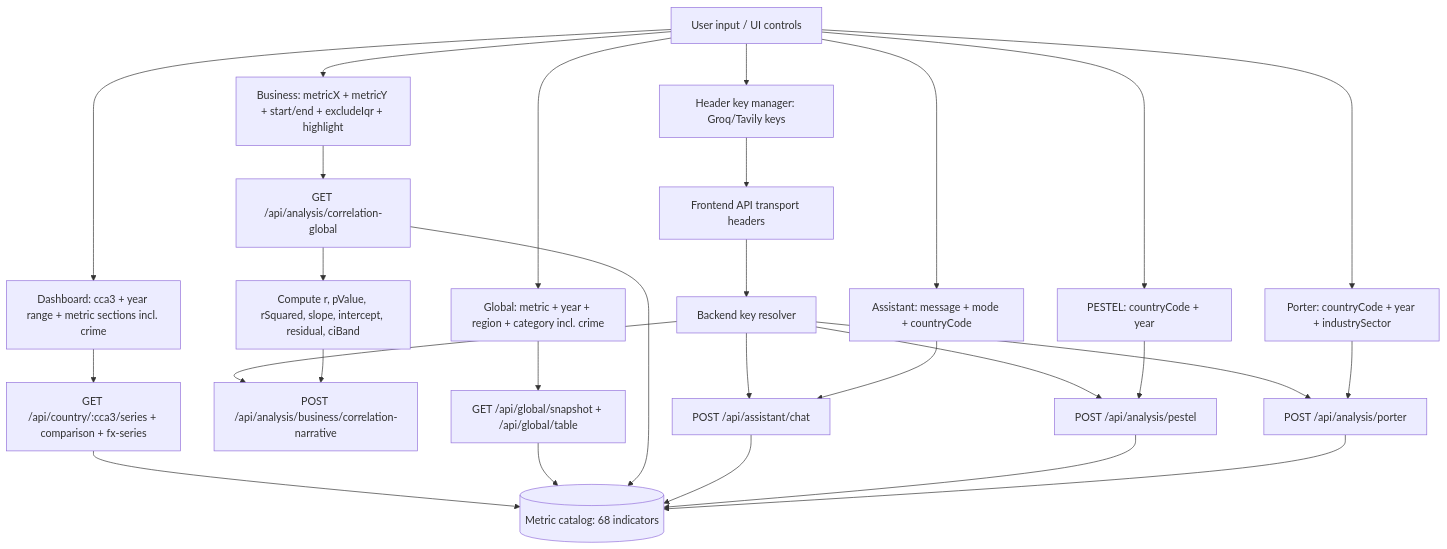
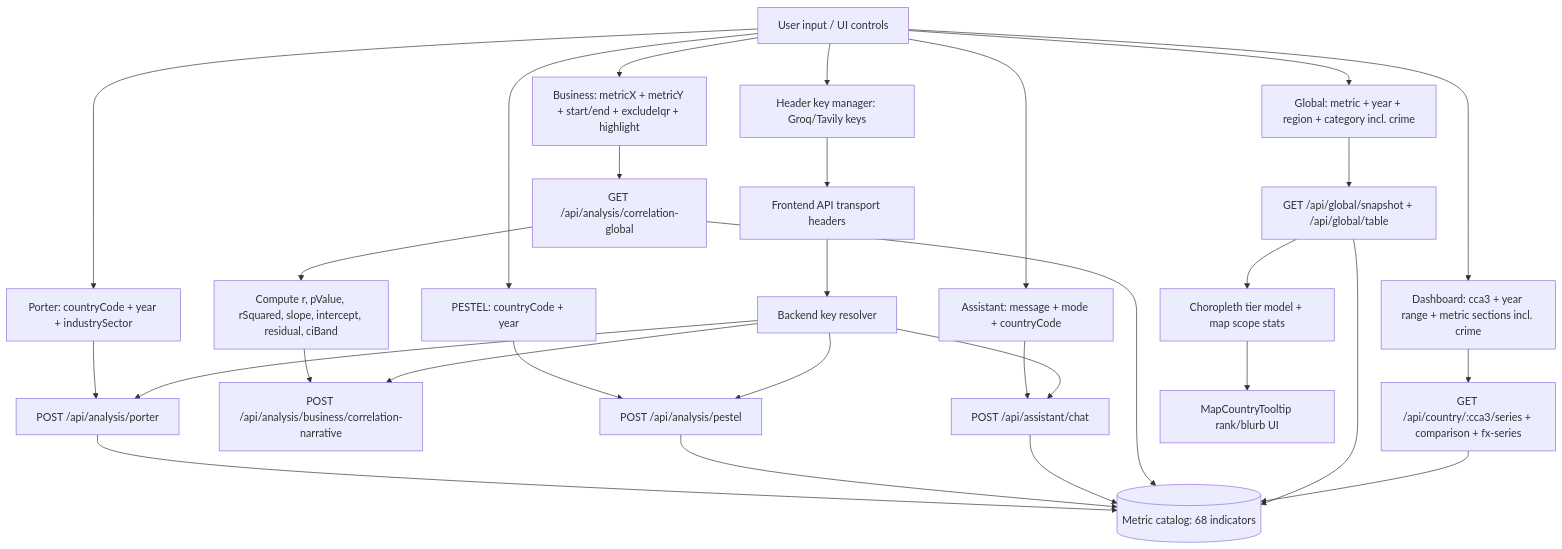
The second of 2 diagrams in docs/VARIABLES.md (RifqiMT/country-analytics-platform), drawn with Mermaid before and after one commit. The commit also changed other lines of this file and 28 other files, not shown here.

First line of the commit message:
feat: quintile choropleth tiers, rich map tooltips, and global analytics UX polish

````diff
--- a/docs/VARIABLES.md
+++ b/docs/VARIABLES.md
@@ -349,29 +366,31 @@
 ```mermaid
 flowchart TD
   U[User input / UI controls] --> K1[Header key manager: Groq/Tavily keys]
   K1 --> K2[Frontend API transport headers]
   K2 --> E0[Backend key resolver]
   U --> A1[Assistant: message + mode + countryCode]
   U --> B1[Business: metricX + metricY + start/end + excludeIqr + highlight]
   U --> C1[PESTEL: countryCode + year]
   U --> D1[Porter: countryCode + year + industrySector]
   U --> F1[Dashboard: cca3 + year range + metric sections incl. crime]
   U --> G1[Global: metric + year + region + category incl. crime]
 
   E0 --> E1 & E4 & E5 & E6
   A1 --> E1[POST /api/assistant/chat]
   B1 --> E2[GET /api/analysis/correlation-global]
   E2 --> E3[Compute r, pValue, rSquared, slope, intercept, residual, ciBand]
   E3 --> E4[POST /api/analysis/business/correlation-narrative]
   C1 --> E5[POST /api/analysis/pestel]
   D1 --> E6[POST /api/analysis/porter]
   F1 --> E7[GET /api/country/:cca3/series + comparison + fx-series]
   G1 --> E8[GET /api/global/snapshot + /api/global/table]
+  E8 --> M2[Choropleth tier model + map scope stats]
+  M2 --> M3[MapCountryTooltip rank/blurb UI]
 
   E7 --> M1[(Metric catalog: 68 indicators)]
   E8 --> M1
   E2 --> M1
   E1 --> M1
   E5 --> M1
   E6 --> M1
 ```
````
